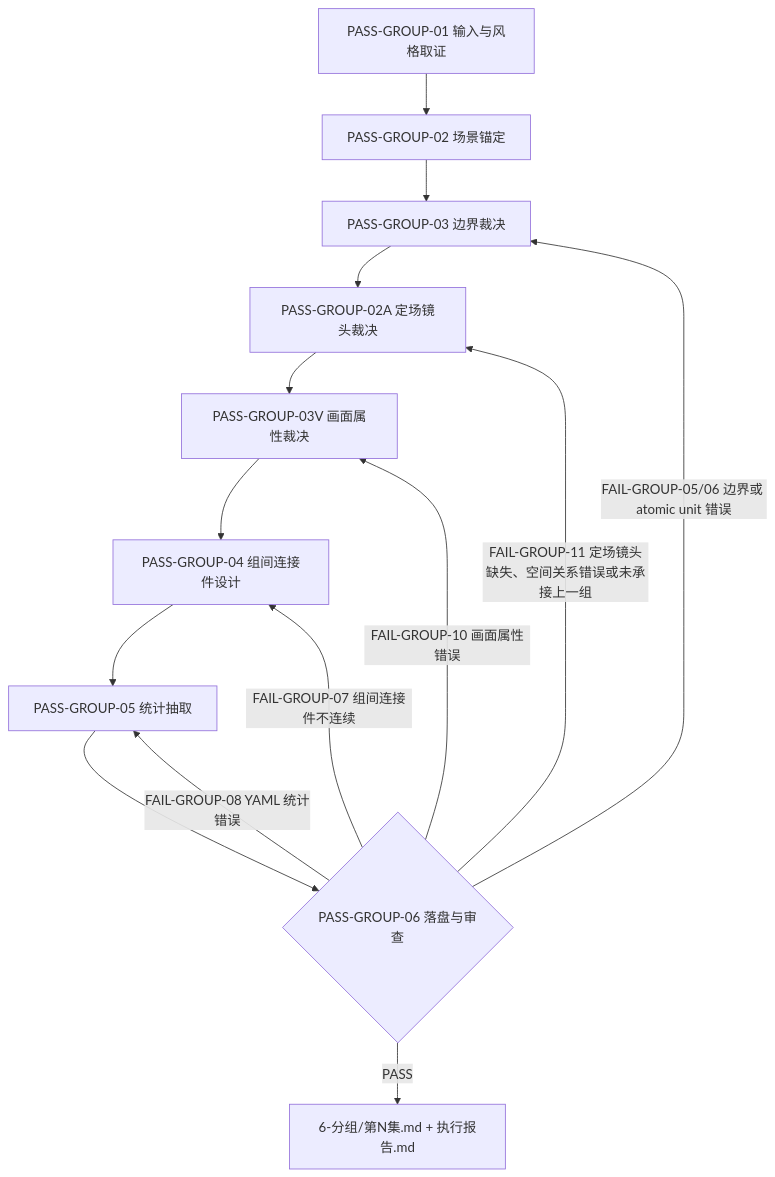
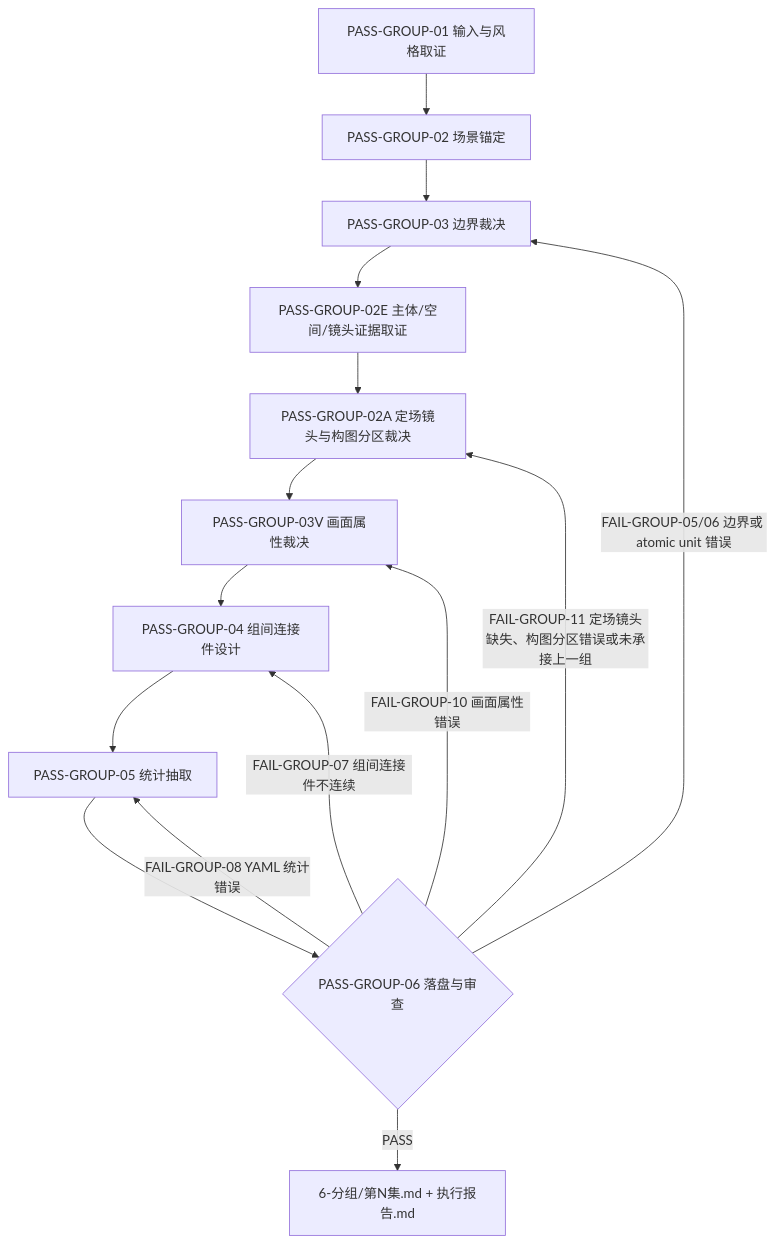
One commit to ZEN-VOID/AI-CUT changed the third of 4 diagrams in .agents/skills/aigc/6-分组/SKILL.md. Above: the diagram before and after it, drawn with Mermaid. The commit also changed other lines of this file and 128 other files, not shown here.

````diff
--- a/.agents/skills/aigc/6-分组/SKILL.md
+++ b/.agents/skills/aigc/6-分组/SKILL.md
@@ -115,16 +115,17 @@
 ```mermaid
 flowchart TD
     P1["PASS-GROUP-01 输入与风格取证"] --> P2["PASS-GROUP-02 场景锚定"]
     P2 --> P3["PASS-GROUP-03 边界裁决"]
-    P3 --> P2A["PASS-GROUP-02A 定场镜头裁决"]
+    P3 --> P2E["PASS-GROUP-02E 主体/空间/镜头证据取证"]
+    P2E --> P2A["PASS-GROUP-02A 定场镜头与构图分区裁决"]
     P2A --> P3V["PASS-GROUP-03V 画面属性裁决"]
     P3V --> P4["PASS-GROUP-04 组间连接件设计"]
     P4 --> P5["PASS-GROUP-05 统计抽取"]
     P5 --> P6{"PASS-GROUP-06 落盘与审查"}
     P6 -->|"PASS"| O["6-分组/第N集.md + 执行报告.md"]
-    P6 -->|"FAIL-GROUP-11 定场镜头缺失、空间关系错误或未承接上一组"| P2A
+    P6 -->|"FAIL-GROUP-11 定场镜头缺失、构图分区错误或未承接上一组"| P2A
     P6 -->|"FAIL-GROUP-10 画面属性错误"| P3V
     P6 -->|"FAIL-GROUP-05/06 边界或 atomic unit 错误"| P3
     P6 -->|"FAIL-GROUP-07 组间连接件不连续"| P4
     P6 -->|"FAIL-GROUP-08 YAML 统计错误"| P5
 ```
````
